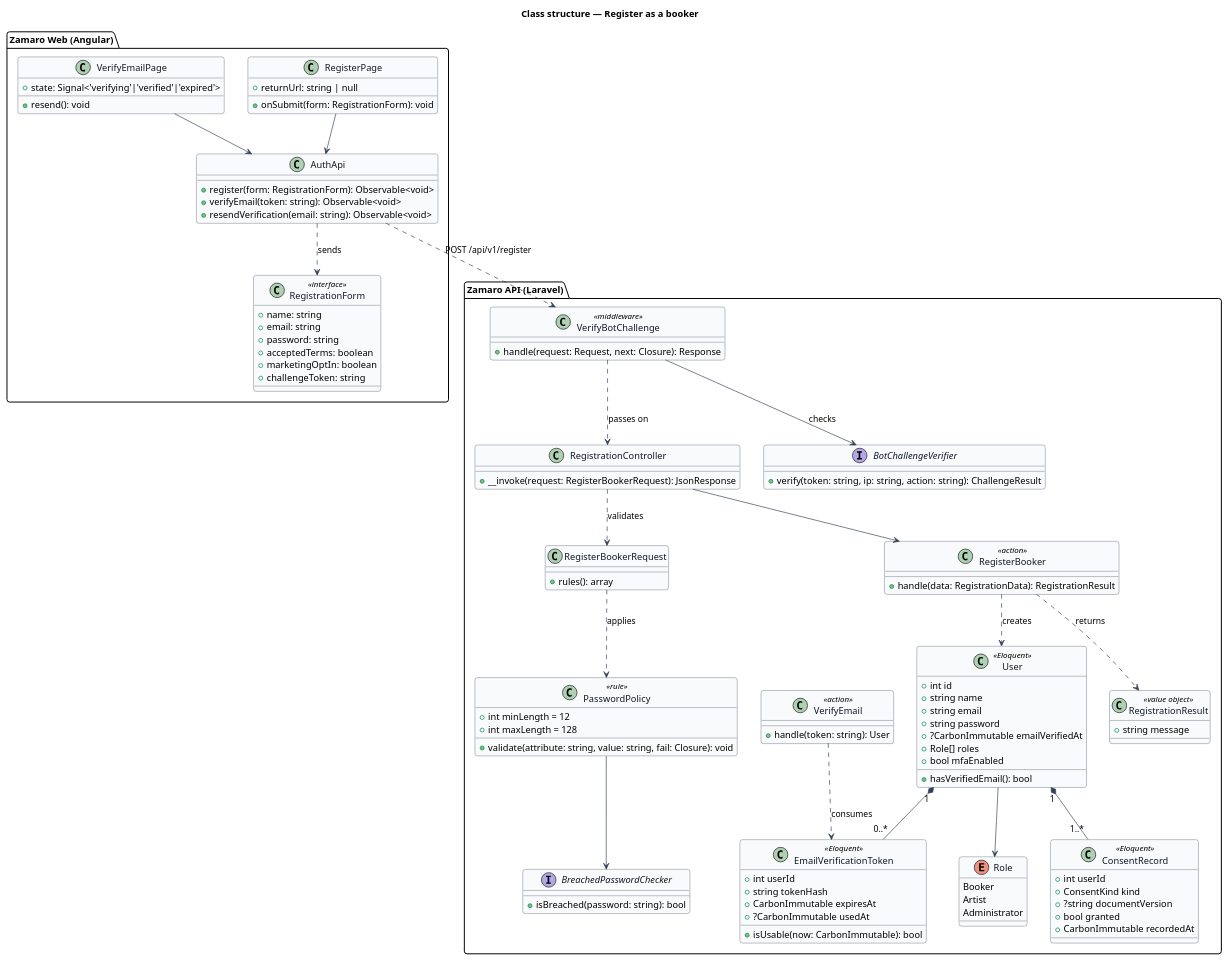
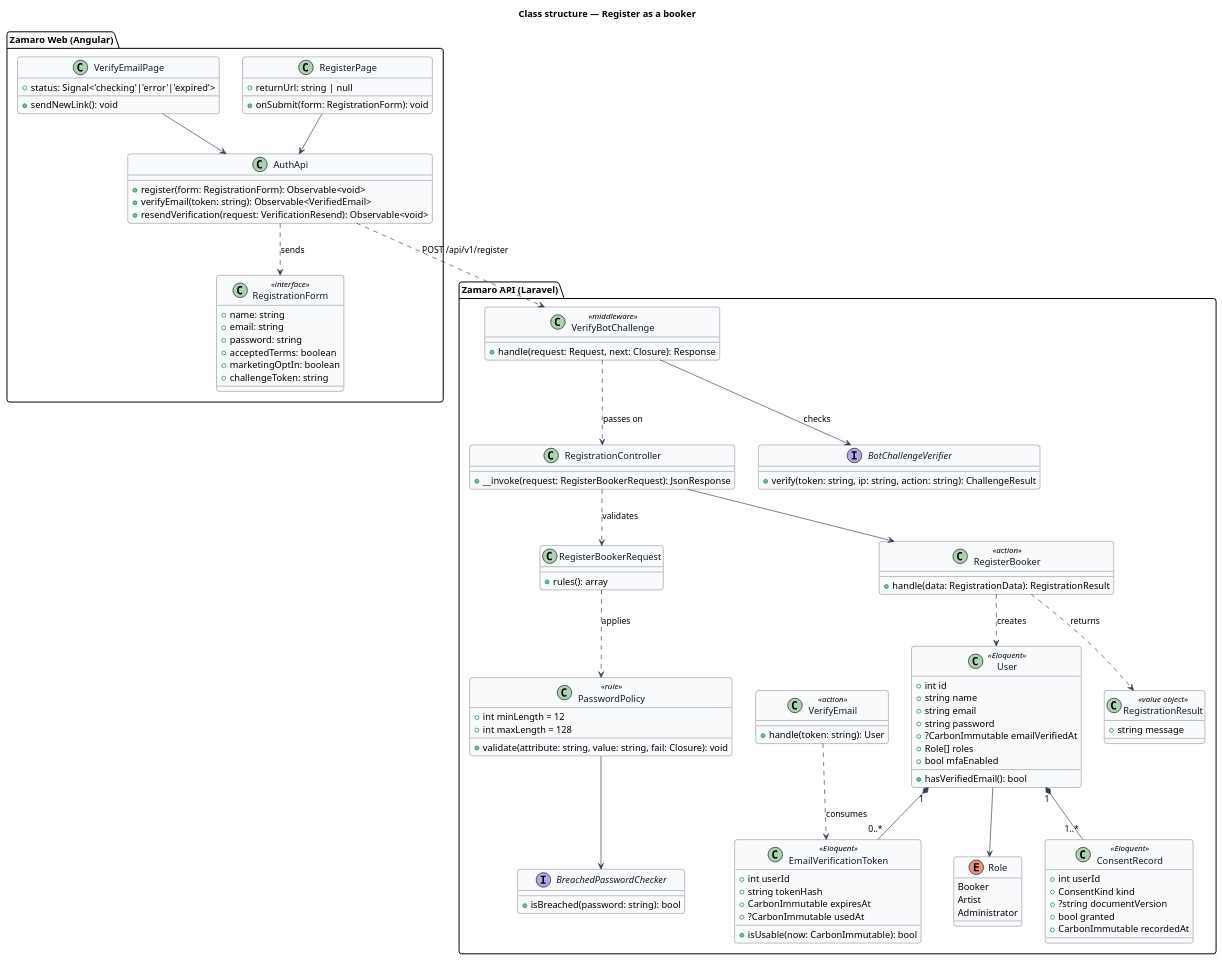
The diagram in docs/detailed-designs/accounts/register-booker/diagrams/class-structure.puml (QuinntyneBrown/zamaro), drawn with PlantUML before and after one commit. The commit also changed 7 other files, not shown here.

```diff
--- a/docs/detailed-designs/accounts/register-booker/diagrams/class-structure.puml
+++ b/docs/detailed-designs/accounts/register-booker/diagrams/class-structure.puml
@@ -1,117 +1,117 @@
 @startuml
 ' --- shared skin header ---
 skinparam backgroundColor #FFFFFF
 skinparam shadowing false
 skinparam roundcorner 8
 skinparam defaultFontName Arial
 skinparam ArrowColor #344054
 skinparam class {
   BorderColor #344054
   FontColor #101828
   BackgroundColor #F9FAFB
 }
 ' --------------------------
 title Class structure — Register as a booker
 
 package "Zamaro Web (Angular)" {
   class RegisterPage {
     +returnUrl: string | null
     +onSubmit(form: RegistrationForm): void
   }
   class VerifyEmailPage {
-    +state: Signal<'verifying'|'verified'|'expired'>
-    +resend(): void
+    +status: Signal<'checking'|'error'|'expired'>
+    +sendNewLink(): void
   }
   class AuthApi {
     +register(form: RegistrationForm): Observable<void>
-    +verifyEmail(token: string): Observable<void>
-    +resendVerification(email: string): Observable<void>
+    +verifyEmail(token: string): Observable<VerifiedEmail>
+    +resendVerification(request: VerificationResend): Observable<void>
   }
   class RegistrationForm <<interface>> {
     +name: string
     +email: string
     +password: string
     +acceptedTerms: boolean
     +marketingOptIn: boolean
     +challengeToken: string
   }
 }
 
 package "Zamaro API (Laravel)" {
   class RegistrationController {
     +__invoke(request: RegisterBookerRequest): JsonResponse
   }
   class RegisterBookerRequest {
     +rules(): array
   }
   class PasswordPolicy <<rule>> {
     +int minLength = 12
     +int maxLength = 128
     +validate(attribute: string, value: string, fail: Closure): void
   }
   interface BreachedPasswordChecker {
     +isBreached(password: string): bool
   }
   class VerifyBotChallenge <<middleware>> {
     +handle(request: Request, next: Closure): Response
   }
   interface BotChallengeVerifier {
     +verify(token: string, ip: string, action: string): ChallengeResult
   }
   class RegisterBooker <<action>> {
     +handle(data: RegistrationData): RegistrationResult
   }
   class VerifyEmail <<action>> {
     +handle(token: string): User
   }
   class RegistrationResult <<value object>> {
     +string message
   }
   class User <<Eloquent>> {
     +int id
     +string name
     +string email
     +string password
     +?CarbonImmutable emailVerifiedAt
     +Role[] roles
     +bool mfaEnabled
     +hasVerifiedEmail(): bool
   }
   class EmailVerificationToken <<Eloquent>> {
     +int userId
     +string tokenHash
     +CarbonImmutable expiresAt
     +?CarbonImmutable usedAt
     +isUsable(now: CarbonImmutable): bool
   }
   class ConsentRecord <<Eloquent>> {
     +int userId
     +ConsentKind kind
     +?string documentVersion
     +bool granted
     +CarbonImmutable recordedAt
   }
   enum Role {
     Booker
     Artist
     Administrator
   }
 }
 
 RegisterPage --> AuthApi
 VerifyEmailPage --> AuthApi
 AuthApi ..> RegistrationForm : sends
 AuthApi ..> VerifyBotChallenge : POST /api/v1/register
 VerifyBotChallenge ..> RegistrationController : passes on
 VerifyBotChallenge --> BotChallengeVerifier : checks
 RegistrationController ..> RegisterBookerRequest : validates
 RegisterBookerRequest ..> PasswordPolicy : applies
 PasswordPolicy --> BreachedPasswordChecker
 RegistrationController --> RegisterBooker
 RegisterBooker ..> RegistrationResult : returns
 RegisterBooker ..> User : creates
 VerifyEmail ..> EmailVerificationToken : consumes
 User "1" *-- "0..*" EmailVerificationToken
 User "1" *-- "1..*" ConsentRecord
 User --> Role
 @enduml
```
